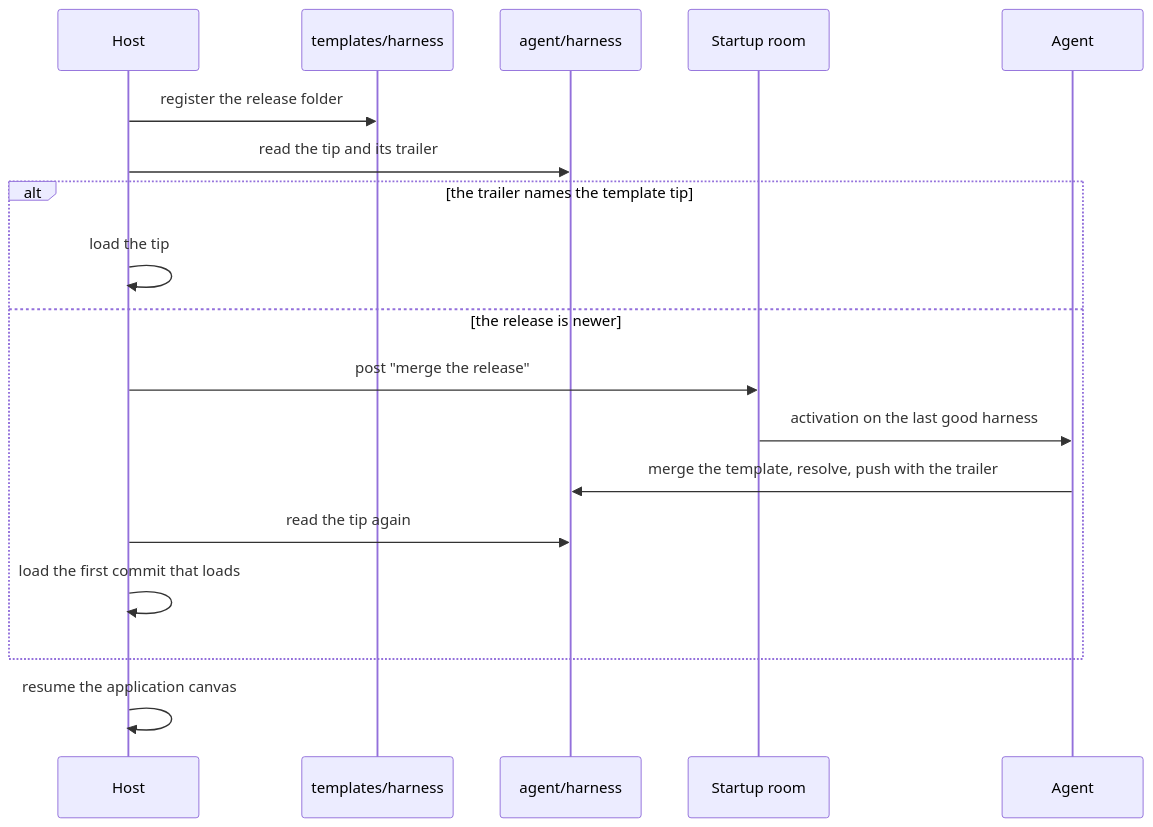
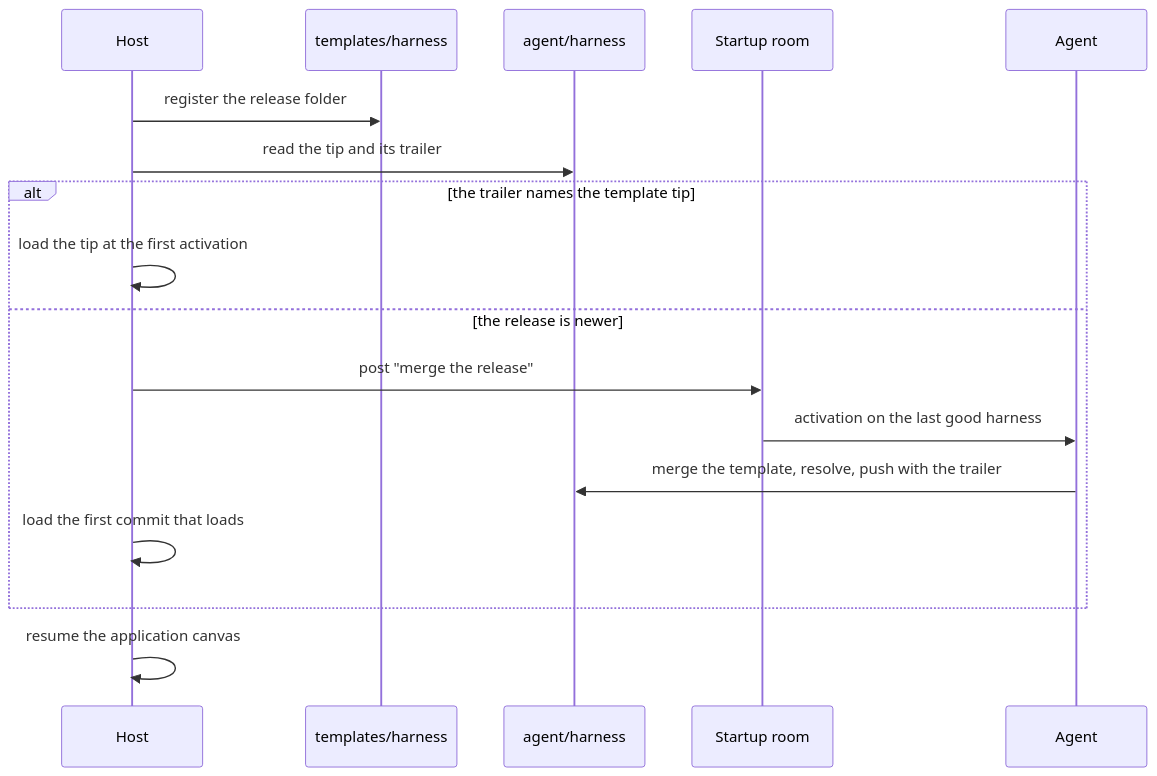
The second of 2 diagrams in docs/gitforeverything.md (ambionframework/ambion), drawn with Mermaid before and after one commit. The commit also changed other lines of this file, not shown here.

First line of the commit message:
Load a harness edit at the next activation of the agent

````diff
--- a/docs/gitforeverything.md
+++ b/docs/gitforeverything.md
@@ -91,20 +170,19 @@
 ```mermaid
 sequenceDiagram
   participant H as Host
   participant T as templates/harness
   participant F as agent/harness
   participant R as Startup room
   participant A as Agent
   H->>T: register the release folder
   H->>F: read the tip and its trailer
   alt the trailer names the template tip
-    H->>H: load the tip
+    H->>H: load the tip at the first activation
   else the release is newer
     H->>R: post "merge the release"
     R->>A: activation on the last good harness
     A->>F: merge the template, resolve, push with the trailer
-    H->>F: read the tip again
     H->>H: load the first commit that loads
   end
   H->>H: resume the application canvas
 ```
````
